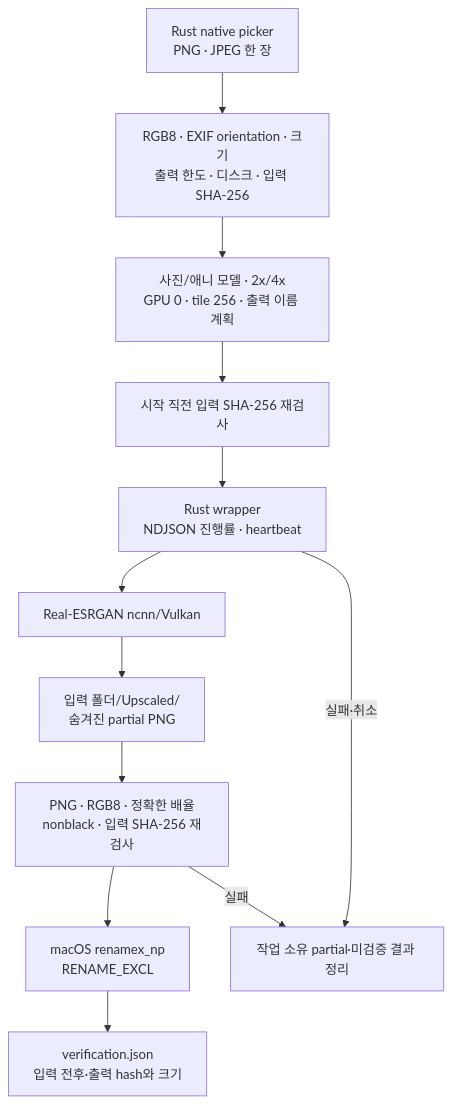
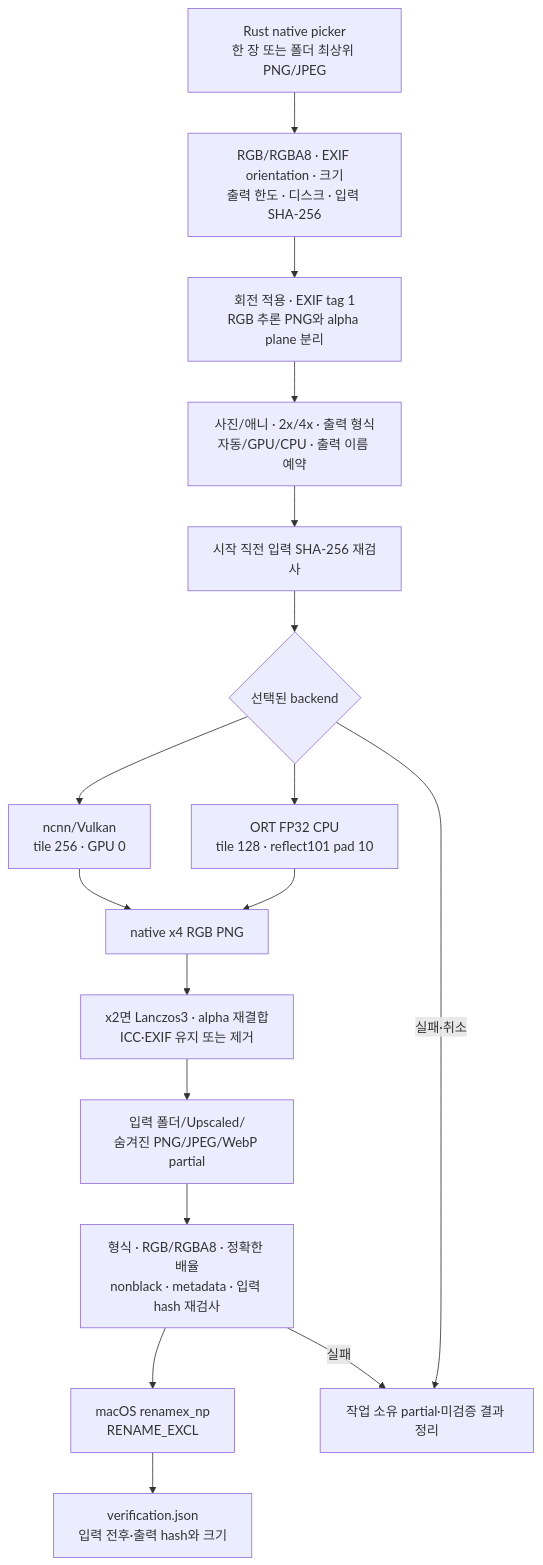
The third of 9 diagrams in ARCHITECTURE.md (zooslab/zoos-upscale), drawn with Mermaid before and after one commit. The commit also changed other lines of this file and 2 other files, not shown here.

````diff
--- a/ARCHITECTURE.md
+++ b/ARCHITECTURE.md
@@ -144,15 +148,20 @@
 ```mermaid
 flowchart TB
-    PICK["Rust native picker<br/>PNG · JPEG 한 장"] --> PREFLIGHT["RGB8 · EXIF orientation · 크기<br/>출력 한도 · 디스크 · 입력 SHA-256"]
-    PREFLIGHT --> PLAN["사진/애니 모델 · 2x/4x<br/>GPU 0 · tile 256 · 출력 이름 계획"]
+    PICK["Rust native picker<br/>한 장 또는 폴더 최상위 PNG/JPEG"] --> PREFLIGHT["RGB/RGBA8 · EXIF orientation · 크기<br/>출력 한도 · 디스크 · 입력 SHA-256"]
+    PREFLIGHT --> NORMALIZE["회전 적용 · EXIF tag 1<br/>RGB 추론 PNG와 alpha plane 분리"]
+    NORMALIZE --> PLAN["사진/애니 · 2x/4x · 출력 형식<br/>자동/GPU/CPU · 출력 이름 예약"]
     PLAN --> RECHECK1["시작 직전 입력 SHA-256 재검사"]
-    RECHECK1 --> WRAP["Rust wrapper<br/>NDJSON 진행률 · heartbeat"]
-    WRAP --> ESR["Real-ESRGAN ncnn/Vulkan"]
-    ESR --> PARTIAL["입력 폴더/Upscaled/<br/>숨겨진 partial PNG"]
-    PARTIAL --> VERIFY["PNG · RGB8 · 정확한 배율<br/>nonblack · 입력 SHA-256 재검사"]
+    RECHECK1 --> BACKEND{"선택된 backend"}
+    BACKEND --> GPU["ncnn/Vulkan<br/>tile 256 · GPU 0"]
+    BACKEND --> CPU["ORT FP32 CPU<br/>tile 128 · reflect101 pad 10"]
+    GPU --> X4["native x4 RGB PNG"]
+    CPU --> X4
+    X4 --> RENDER["x2면 Lanczos3 · alpha 재결합<br/>ICC·EXIF 유지 또는 제거"]
+    RENDER --> PARTIAL["입력 폴더/Upscaled/<br/>숨겨진 PNG/JPEG/WebP partial"]
+    PARTIAL --> VERIFY["형식 · RGB/RGBA8 · 정확한 배율<br/>nonblack · metadata · 입력 hash 재검사"]
     VERIFY --> PUBLISH["macOS renamex_np<br/>RENAME_EXCL"]
     PUBLISH --> RECORD["verification.json<br/>입력 전후·출력 hash와 크기"]
 
     VERIFY -->|"실패"| CLEAN["작업 소유 partial·미검증 결과 정리"]
-    WRAP -->|"실패·취소"| CLEAN
+    BACKEND -->|"실패·취소"| CLEAN
 ```
````
